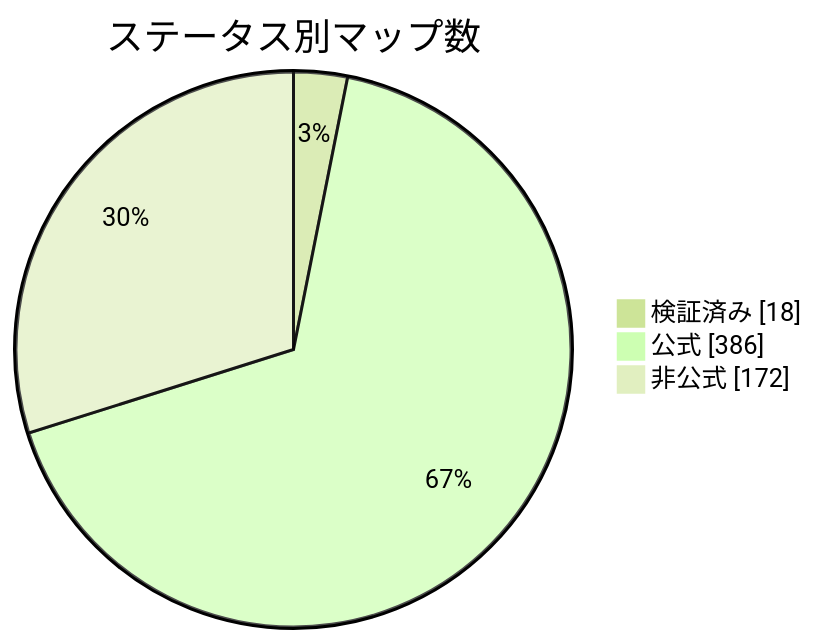
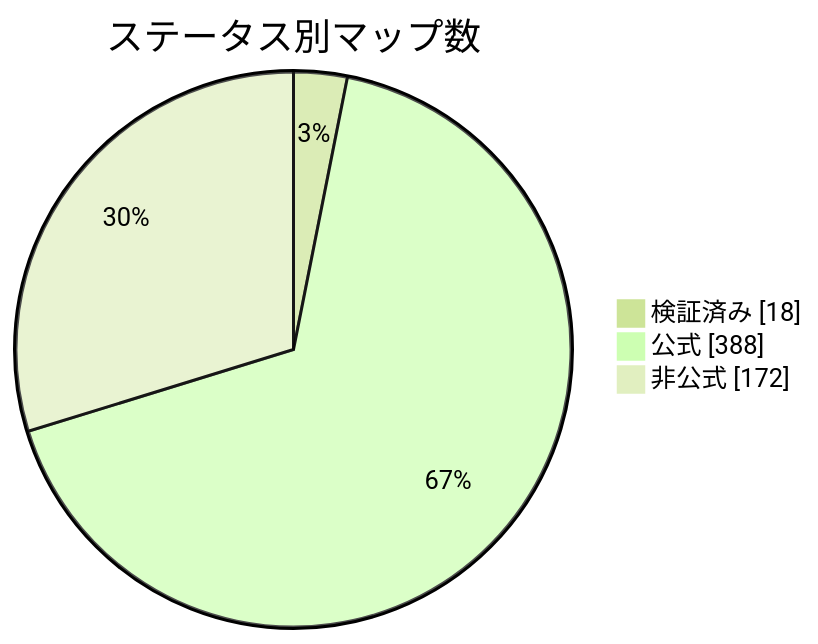
The diagram in docs/readme/README_JP.md (nobrega8/mbmap-library), drawn with Mermaid (forest theme) before and after one commit. The commit also changed 7 other files, not shown here.

````diff
--- a/docs/readme/README_JP.md
+++ b/docs/readme/README_JP.md
@@ -54,7 +54,7 @@
 ```mermaid
 pie showData
     title ステータス別マップ数
     "検証済み" : 18
-    "公式" : 386
+    "公式" : 388
     "非公式" : 172
 ```
````
